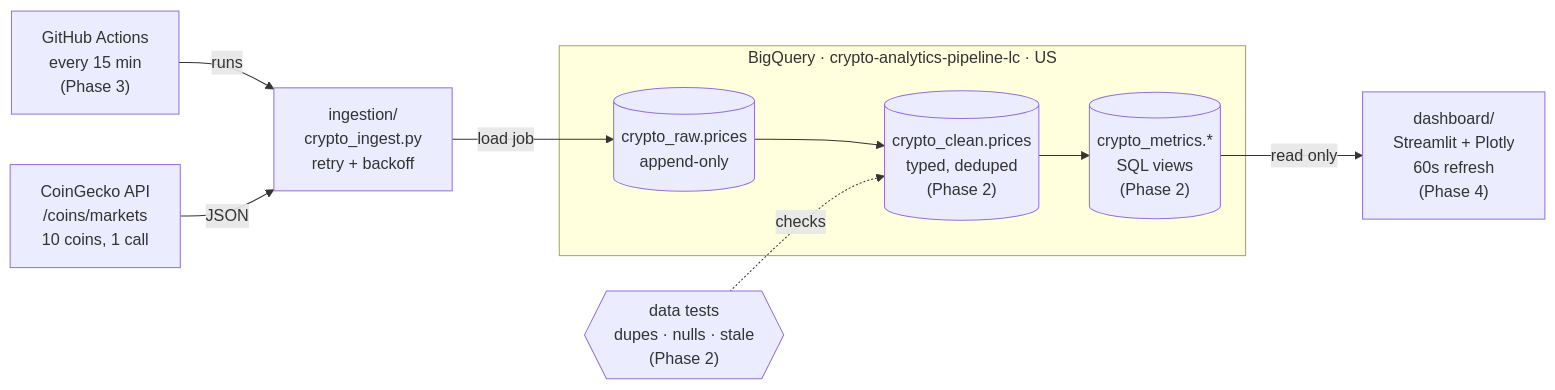
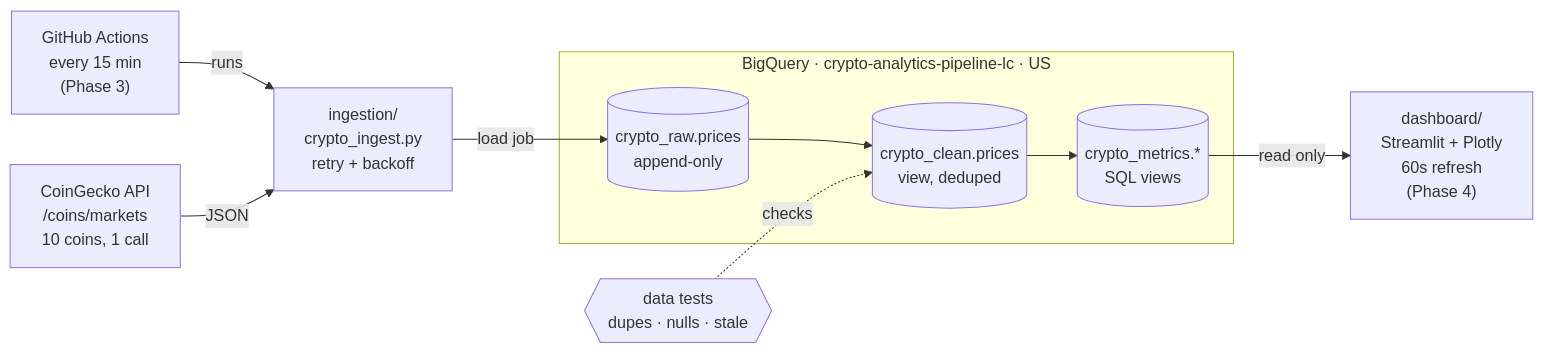
Before and after one commit to imtheeon/crypto-analytics-pipeline: the diagram in docs/architecture.md, drawn with Mermaid. The commit also changed 9 other files, not shown here.

First line of the commit message:
Add clean and metrics views, data and freshness tests

````diff
--- a/docs/architecture.md
+++ b/docs/architecture.md
@@ -3,20 +3,20 @@
 ```mermaid
 flowchart LR
     CG["CoinGecko API<br/>/coins/markets<br/>10 coins, 1 call"]
     GA["GitHub Actions<br/>every 15 min<br/>(Phase 3)"]
     PY["ingestion/<br/>crypto_ingest.py<br/>retry + backoff"]
     subgraph BQ["BigQuery · crypto-analytics-pipeline-lc · US"]
         RAW[("crypto_raw.prices<br/>append-only")]
-        CLEAN[("crypto_clean.prices<br/>typed, deduped<br/>(Phase 2)")]
-        MET[("crypto_metrics.*<br/>SQL views<br/>(Phase 2)")]
+        CLEAN[("crypto_clean.prices<br/>view, deduped")]
+        MET[("crypto_metrics.*<br/>SQL views")]
     end
-    T{{"data tests<br/>dupes · nulls · stale<br/>(Phase 2)"}}
+    T{{"data tests<br/>dupes · nulls · stale"}}
     DASH["dashboard/<br/>Streamlit + Plotly<br/>60s refresh<br/>(Phase 4)"]
 
     GA -->|runs| PY
     CG -->|JSON| PY
     PY -->|load job| RAW
     RAW --> CLEAN --> MET
     T -. checks .-> CLEAN
     MET -->|read only| DASH
 ```
````
